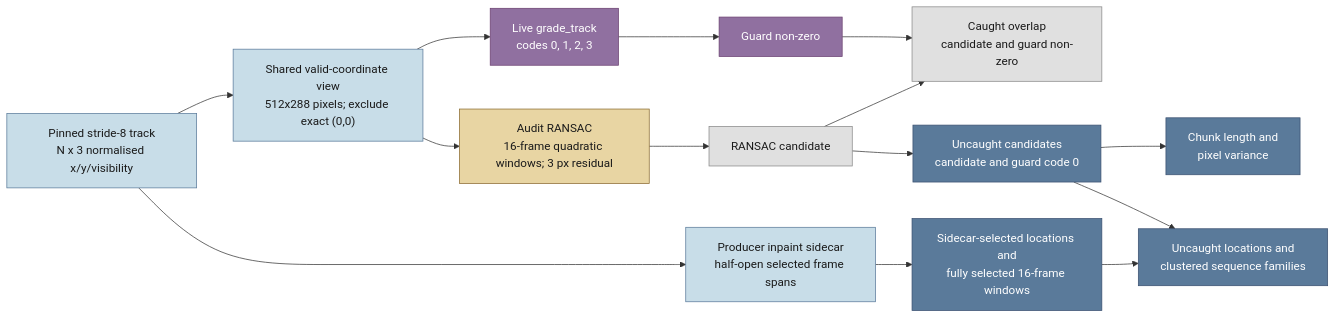
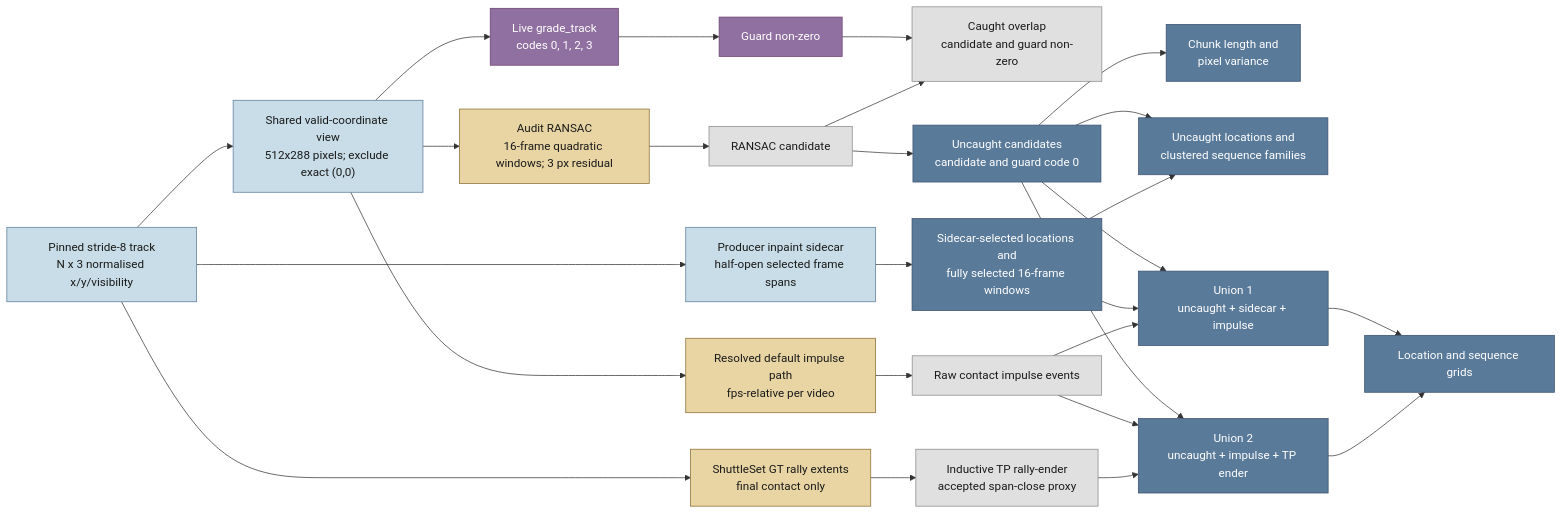
One commit to ahalp90/badminton_cv_annotator changed the diagram in docs/scraper_pipeline/inpaint_hallucination_fix/ongoing_shuttle_hallucination_issues_20260731-094523.md. Above: the diagram before and after it, drawn with Mermaid. The commit also changed other lines of this file and 53 other files, not shown here.

````diff
--- a/docs/scraper_pipeline/inpaint_hallucination_fix/ongoing_shuttle_hallucination_issues_20260731-094523.md
+++ b/docs/scraper_pipeline/inpaint_hallucination_fix/ongoing_shuttle_hallucination_issues_20260731-094523.md
@@ -103,28 +123,40 @@
 ```mermaid
 flowchart LR
     A["Pinned stride-8 track<br/>N x 3 normalised x/y/visibility"] --> B["Shared valid-coordinate view<br/>512x288 pixels; exclude exact (0,0)"]
     A --> C["Producer inpaint sidecar<br/>half-open selected frame spans"]
     B --> D["Live grade_track<br/>codes 0, 1, 2, 3"]
     B --> E["Audit RANSAC<br/>16-frame quadratic windows; 3 px residual"]
     D --> F["Guard non-zero"]
     E --> G["RANSAC candidate"]
     F --> H["Caught overlap<br/>candidate and guard non-zero"]
     G --> H
     G --> I["Uncaught candidates<br/>candidate and guard code 0"]
     I --> J["Chunk length and<br/>pixel variance"]
     I --> K["Uncaught locations and<br/>clustered sequence families"]
     C --> L["Sidecar-selected locations and<br/>fully selected 16-frame windows"]
     L --> K
+    B --> M["Resolved default impulse path<br/>fps-relative per video"]
+    M --> N["Raw contact impulse events"]
+    A --> P["ShuttleSet GT rally extents<br/>final contact only"]
+    P --> O["Inductive TP rally-ender<br/>accepted span-close proxy"]
+    I --> U1["Union 1<br/>uncaught + sidecar + impulse"]
+    L --> U1
+    N --> U1
+    I --> U2["Union 2<br/>uncaught + impulse + TP ender"]
+    N --> U2
+    O --> U2
+    U1 --> V["Location and sequence grids"]
+    U2 --> V
 
     classDef stage fill:#c8dde8,stroke:#5a7a9a,color:#1a1a1a
     classDef heuristic fill:#e8d5a3,stroke:#8a6a30,color:#1a1a1a
     classDef guard fill:#9070a0,stroke:#6a4070,color:#ffffff
     classDef auxiliary fill:#e0e0e0,stroke:#888888,color:#1a1a1a
     classDef output fill:#5a7a9a,stroke:#3a5070,color:#ffffff
 
     class A,B,C stage
-    class E heuristic
+    class E,M,P heuristic
     class D,F guard
-    class G,H auxiliary
-    class I,J,K,L output
+    class G,H,N,O auxiliary
+    class I,J,K,L,U1,U2,V output
 ```
````
